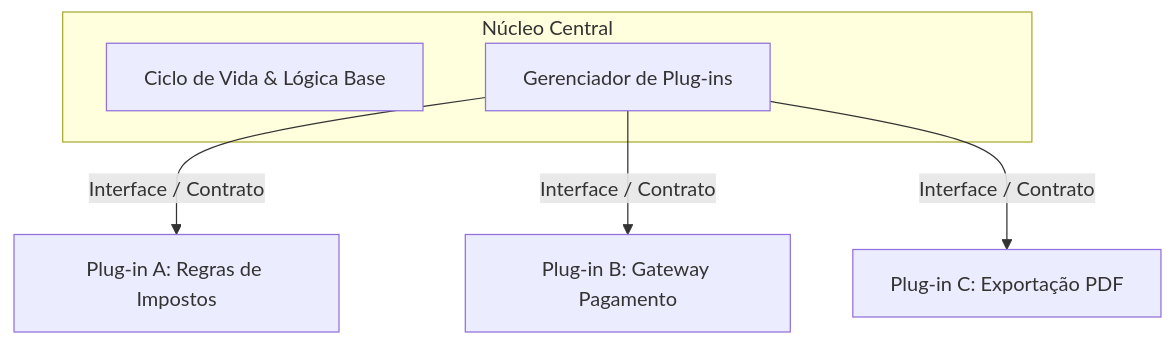
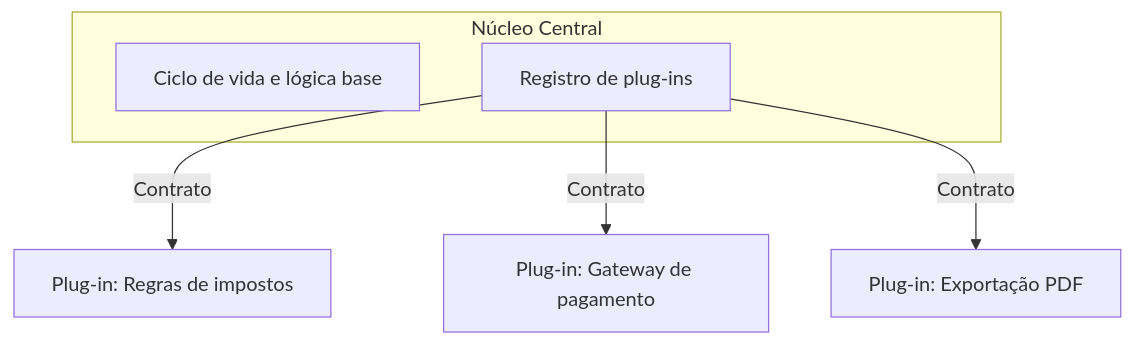
The fourth of 4 diagrams in Arquiteto de Software/01 Fundamentos em arquitetura de software/05 Estilo arquitetural monolitico.md (MaicomMRampi/software-architecture-handbook), drawn with Mermaid before and after one commit. The commit also changed other lines of this file and 43 other files, not shown here.

````diff
--- a/Arquiteto de Software/01 Fundamentos em arquitetura de software/05 Estilo arquitetural monolitico.md
+++ b/Arquiteto de Software/01 Fundamentos em arquitetura de software/05 Estilo arquitetural monolitico.md
@@ -129,11 +163,10 @@
 ```mermaid
 graph TD
-    subgraph Core System [Núcleo Central]
-        CORE[Ciclo de Vida & Lógica Base]
-        REG[Gerenciador de Plug-ins]
+    subgraph Core [Núcleo Central]
+        CORE[Ciclo de vida e lógica base]
+        REG[Registro de plug-ins]
     end
-
-    REG -->|Interface / Contrato| PLUG_A[Plug-in A: Regras de Impostos]
-    REG -->|Interface / Contrato| PLUG_B[Plug-in B: Gateway Pagamento]
-    REG -->|Interface / Contrato| PLUG_C[Plug-in C: Exportação PDF]
+    REG -->|Contrato| A[Plug-in: Regras de impostos]
+    REG -->|Contrato| B[Plug-in: Gateway de pagamento]
+    REG -->|Contrato| C[Plug-in: Exportação PDF]
 ```
````
